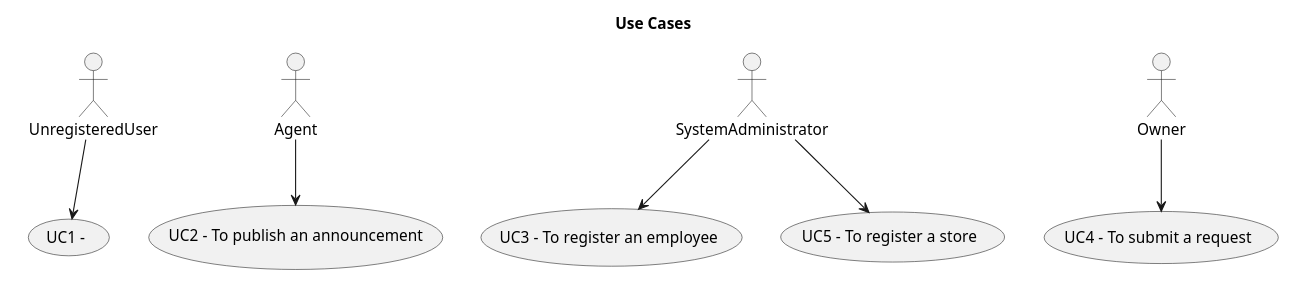
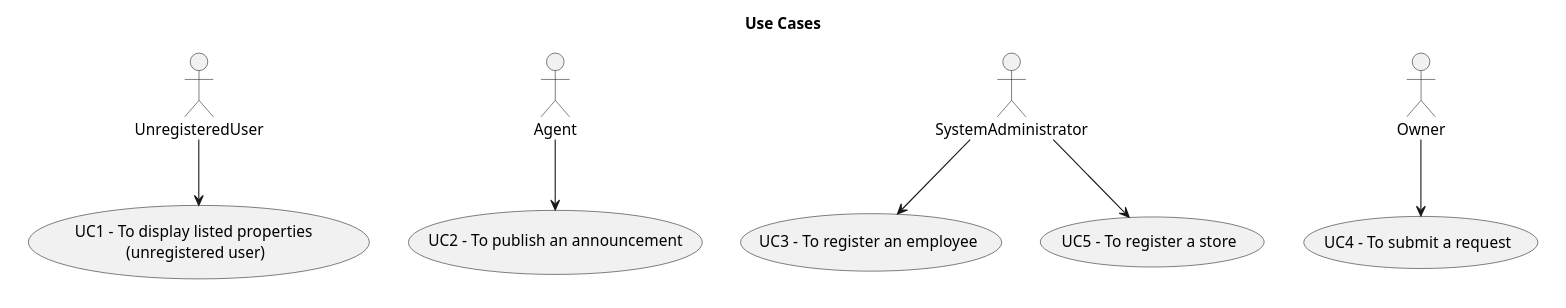
Before and after one commit to Rodrick0209/ISEP-LAPR2-22-23: the diagram in docs/sprintA/global-artifacts/01.requirements-engineering/puml/use-case-diagram.puml, drawn with PlantUML. The commit also changed 4 other files, not shown here.

```diff
--- a/docs/sprintA/global-artifacts/01.requirements-engineering/puml/use-case-diagram.puml
+++ b/docs/sprintA/global-artifacts/01.requirements-engineering/puml/use-case-diagram.puml
@@ -1,28 +1,28 @@
 @startuml
 'skinparam monochrome true
 skinparam packageStyle rectangle
 'skinparam shadowing false
 
 skinparam rectangle{
     BorderColor white
 }
 
 'title Use Case Diagram Example
 
 top to bottom direction
 
 rectangle "Use Cases" as usecases{
     usecase "UC4 - To submit a request" as UC4
     Owner --> UC4
     usecase "UC3 - To register an employee" as UC3
     SystemAdministrator --> UC3
     usecase "UC5 - To register a store" as UC5
     SystemAdministrator --> UC5
     usecase "UC2 - To publish an announcement" as UC2
     Agent --> UC2
-    usecase "UC1 -" as UC1
+    usecase "UC1 - To display listed properties \n(unregistered user)" as UC1
     UnregisteredUser --> UC1
     }
 
 
 @enduml
```
